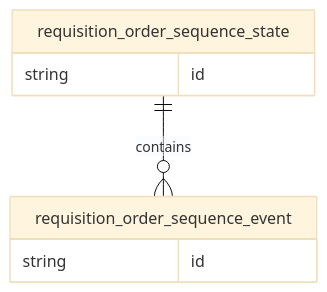
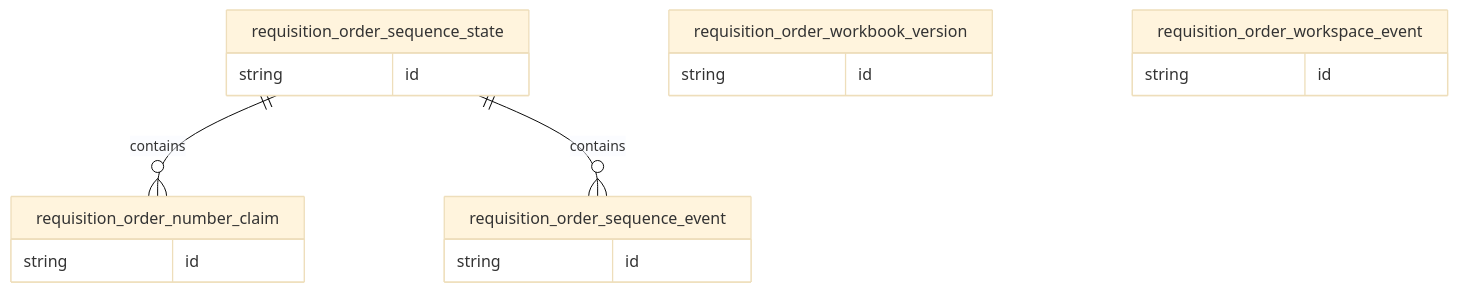
The diagram in docs/database/requisitions.mmd (bedanavrvm/HB-Biogas-Telegram-Bot), drawn with Mermaid (base theme) before and after one commit. The commit also changed 57 other files, not shown here.

```diff
--- a/docs/database/requisitions.mmd
+++ b/docs/database/requisitions.mmd
@@ -1,8 +1,18 @@
 erDiagram
+  requisition_order_number_claim {
+    string id
+  }
   requisition_order_sequence_event {
     string id
   }
   requisition_order_sequence_state {
     string id
   }
+  requisition_order_workbook_version {
+    string id
+  }
+  requisition_order_workspace_event {
+    string id
+  }
+  requisition_order_sequence_state ||--o{ requisition_order_number_claim : contains
   requisition_order_sequence_state ||--o{ requisition_order_sequence_event : contains
```
